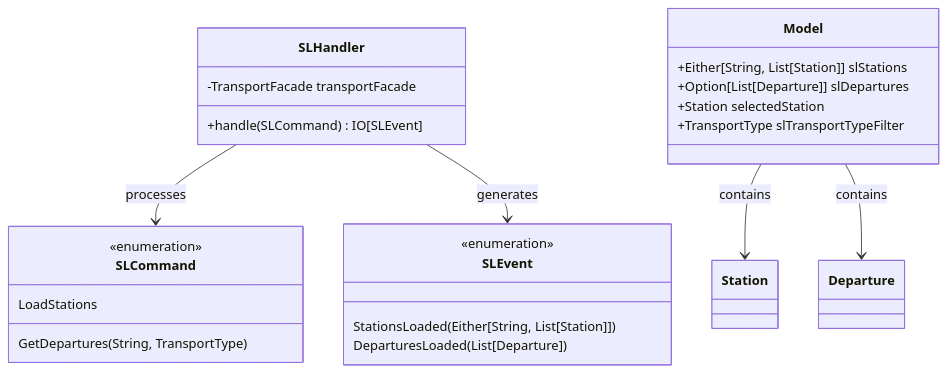
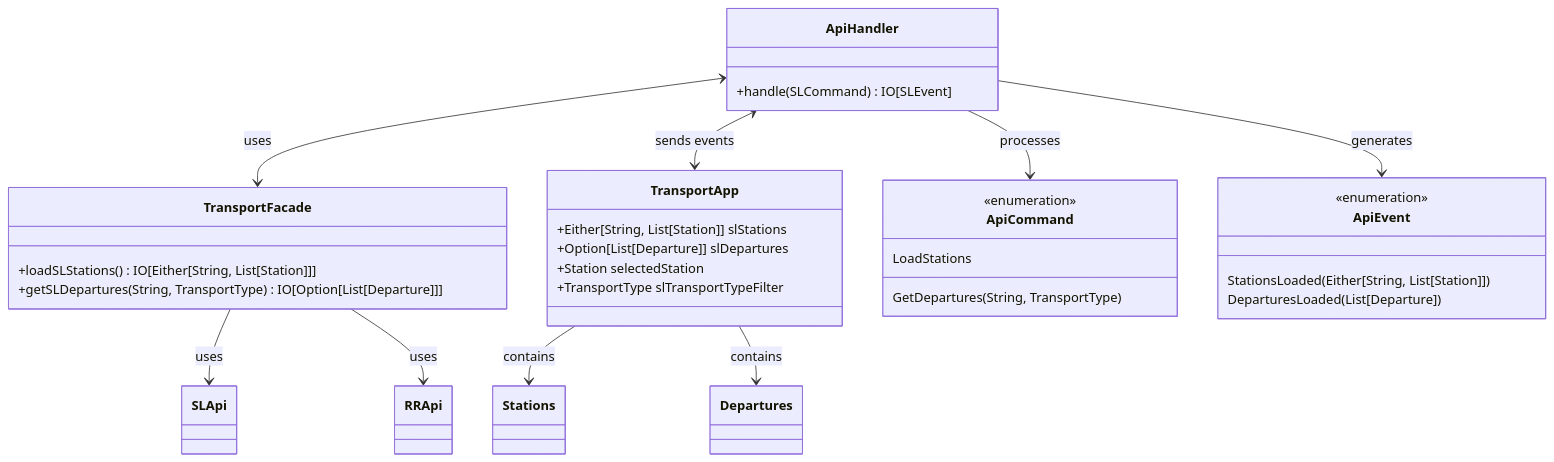
One commit to nicola-ferrarese/Tyrian-Timetable changed the third of 6 diagrams in docs/docs/tutorial-basics/detailed_design.md. Above: the diagram before and after it, drawn with Mermaid. The commit also changed other lines of this file and 7 other files, not shown here.

````diff
--- a/docs/docs/tutorial-basics/detailed_design.md
+++ b/docs/docs/tutorial-basics/detailed_design.md
@@ -56,27 +86,34 @@
 ```mermaid
 classDiagram
-    class SLHandler {
-        -TransportFacade transportFacade
+    class TransportFacade {
+        +loadSLStations() IO[Either[String, List[Station]]]
+        +getSLDepartures(String, TransportType) IO[Option[List[Departure]]]
+    }
+    class ApiHandler {
         +handle(SLCommand) IO[SLEvent]
     }
-    class Model {
+    class TransportApp {
         +Either[String, List[Station]] slStations
         +Option[List[Departure]] slDepartures
         +Station selectedStation
         +TransportType slTransportTypeFilter
     }
-    class SLCommand {
+    class ApiCommand {
         <<enumeration>>
         LoadStations
         GetDepartures(String, TransportType)
     }
-    class SLEvent {
+    class ApiEvent {
         <<enumeration>>
         StationsLoaded(Either[String, List[Station]])
         DeparturesLoaded(List[Departure])
     }
-    SLHandler --> SLCommand : processes
-    SLHandler --> SLEvent : generates
-    Model --> Station : contains
-    Model --> Departure : contains
+    TransportFacade --> SLApi : uses
+    TransportFacade --> RRApi : uses
+    ApiHandler <--> TransportFacade: uses 
+    ApiHandler <--> TransportApp : sends events
+    ApiHandler --> ApiCommand : processes
+    ApiHandler --> ApiEvent : generates
+    TransportApp --> Stations : contains
+    TransportApp --> Departures : contains
 ```
````
